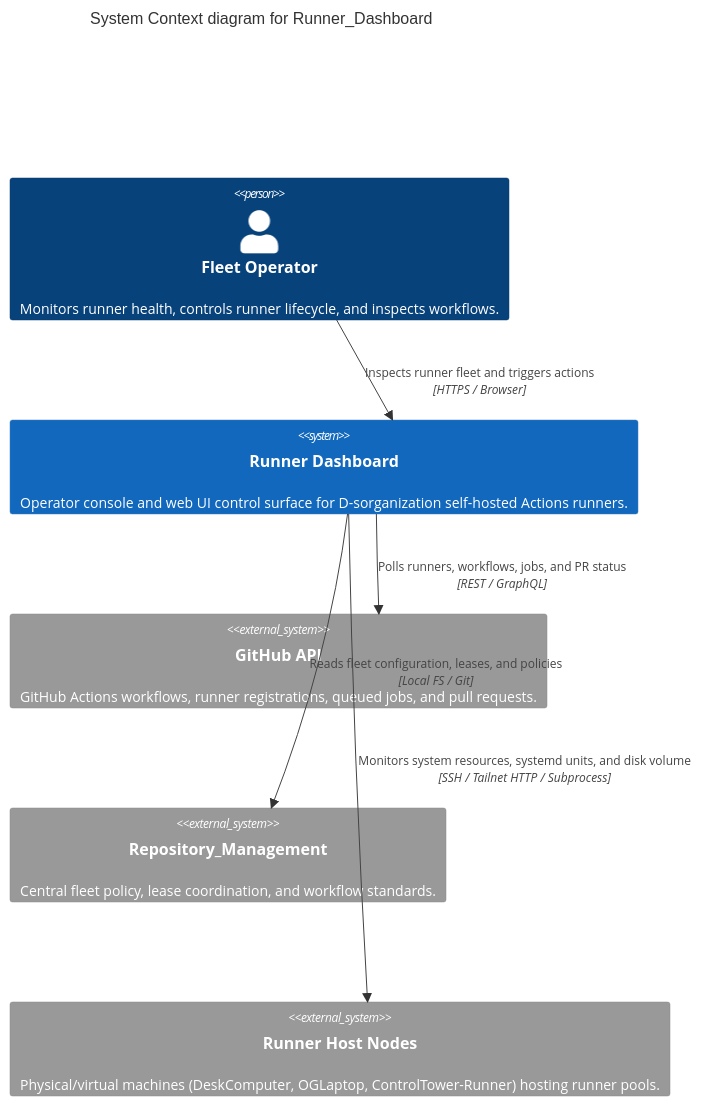
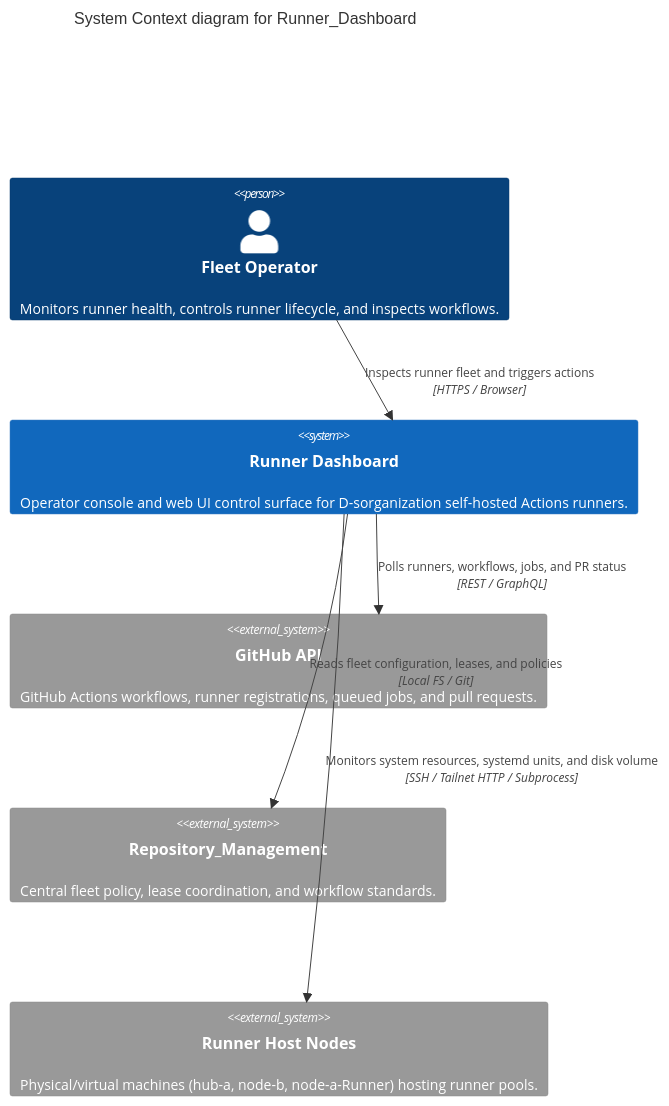
Before and after one commit to D-sorganization/Runner_Dashboard: the first of 2 diagrams in docs/architecture/C4.md, drawn with Mermaid. The commit also changed 108 other files, not shown here.

````diff
--- a/docs/architecture/C4.md
+++ b/docs/architecture/C4.md
@@ -7,15 +7,15 @@
 ```mermaid
 C4Context
     title System Context diagram for Runner_Dashboard
 
     Person(operator, "Fleet Operator", "Monitors runner health, controls runner lifecycle, and inspects workflows.")
     System(runner_dashboard, "Runner Dashboard", "Operator console and web UI control surface for D-sorganization self-hosted Actions runners.")
     System_Ext(github_api, "GitHub API", "GitHub Actions workflows, runner registrations, queued jobs, and pull requests.")
     System_Ext(repo_mgmt, "Repository_Management", "Central fleet policy, lease coordination, and workflow standards.")
-    System_Ext(runner_hosts, "Runner Host Nodes", "Physical/virtual machines (DeskComputer, OGLaptop, ControlTower-Runner) hosting runner pools.")
+    System_Ext(runner_hosts, "Runner Host Nodes", "Physical/virtual machines (hub-a, node-b, node-a-Runner) hosting runner pools.")
 
     Rel(operator, runner_dashboard, "Inspects runner fleet and triggers actions", "HTTPS / Browser")
     Rel(runner_dashboard, github_api, "Polls runners, workflows, jobs, and PR status", "REST / GraphQL")
     Rel(runner_dashboard, repo_mgmt, "Reads fleet configuration, leases, and policies", "Local FS / Git")
     Rel(runner_dashboard, runner_hosts, "Monitors system resources, systemd units, and disk volume", "SSH / Tailnet HTTP / Subprocess")
 ```
````
